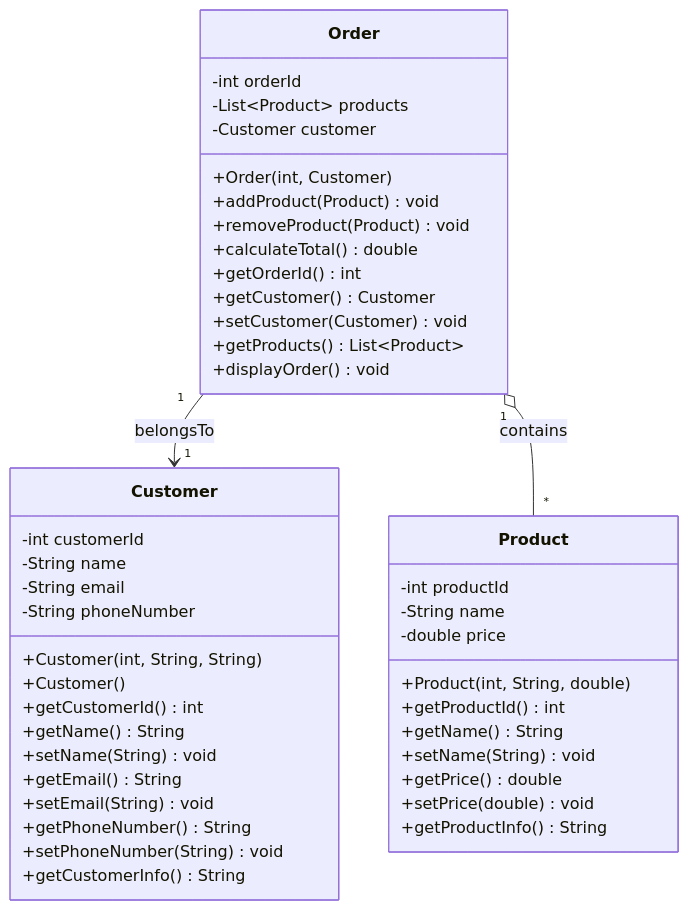
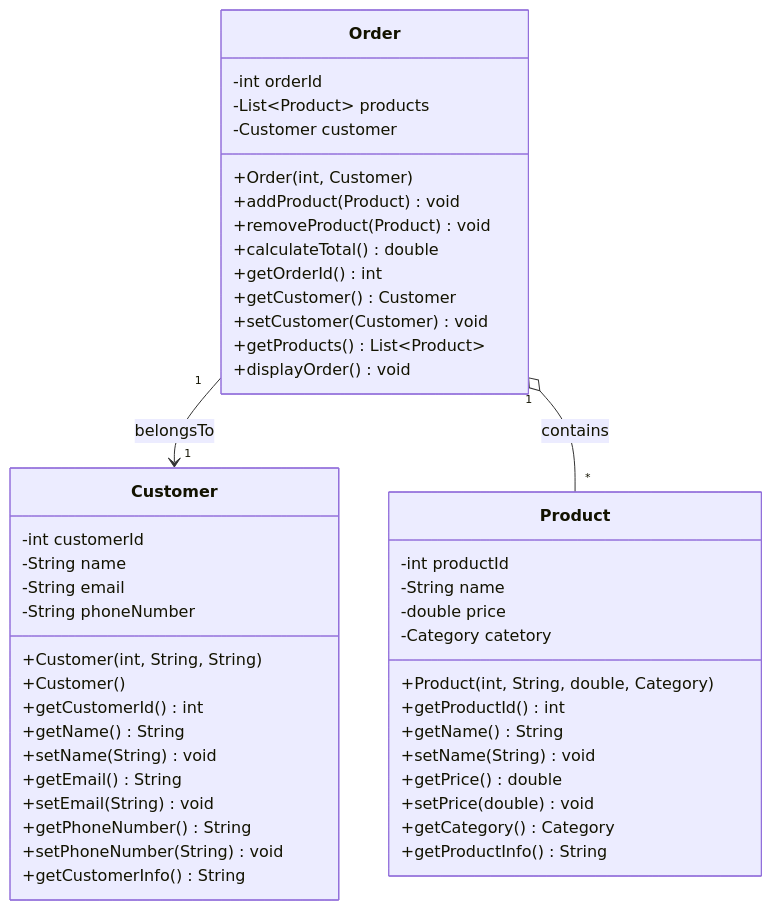
Before and after one commit to SMASobur/OOP1_Workshop: the diagram in src/main/java/se/lexicon/UML.mermaid, drawn with Mermaid.

Commit message:
UML diagram updated.

```diff
--- a/src/main/java/se/lexicon/UML.mermaid
+++ b/src/main/java/se/lexicon/UML.mermaid
@@ -1,48 +1,50 @@
 classDiagram
     class Customer {
         -int customerId
         -String name
         -String email
         -String phoneNumber
         +Customer(int, String, String)
         +Customer()
         +getCustomerId() int
         +getName() String
         +setName(String) void
         +getEmail() String
         +setEmail(String) void
         +getPhoneNumber() String
         +setPhoneNumber(String) void
         +getCustomerInfo() String
     }
 
     class Product {
         -int productId
         -String name
         -double price
-        +Product(int, String, double)
+        -Category catetory
+        +Product(int, String, double, Category)
         +getProductId() int
         +getName() String
         +setName(String) void
         +getPrice() double
         +setPrice(double) void
+        +getCategory() Category
         +getProductInfo() String
     }
 
     class Order {
         -int orderId
         -List~Product~ products
         -Customer customer
         +Order(int, Customer)
         +addProduct(Product) void
         +removeProduct(Product) void
         +calculateTotal() double
         +getOrderId() int
         +getCustomer() Customer
         +setCustomer(Customer) void
         +getProducts() List~Product~
         +displayOrder() void
     }
 
     Order "1" --> "1" Customer : belongsTo
 Order "1" o-- "*" Product : contains
```
